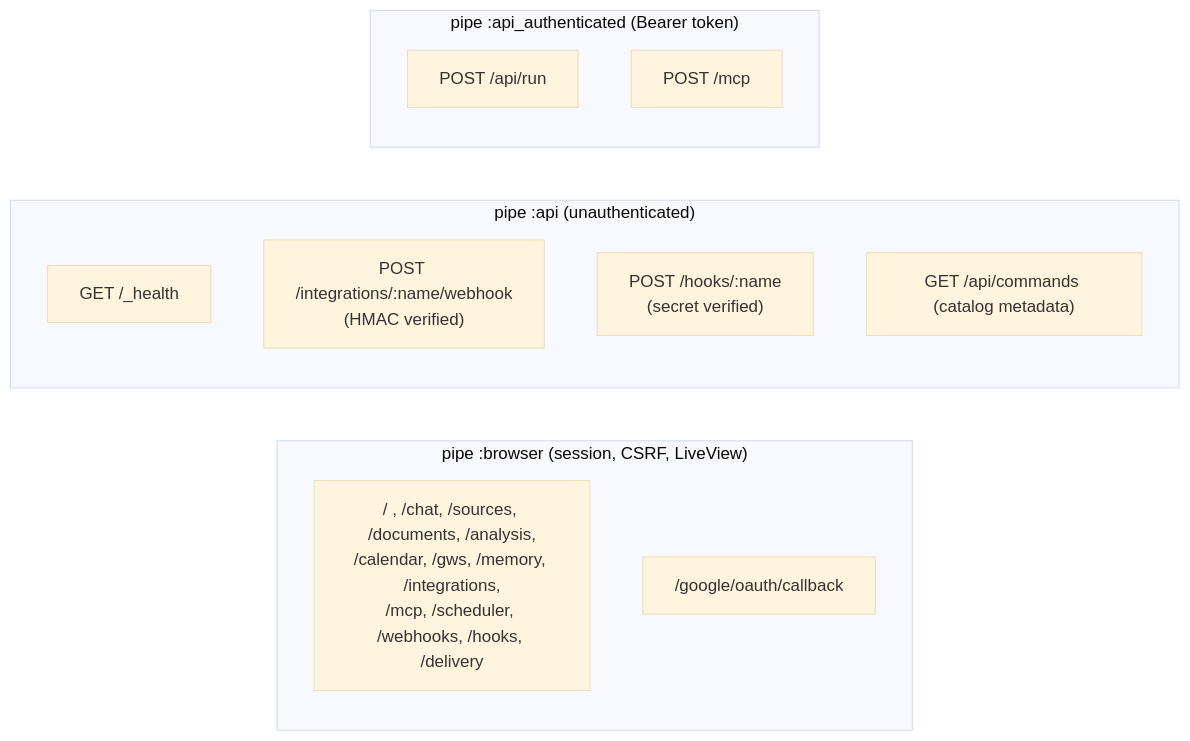
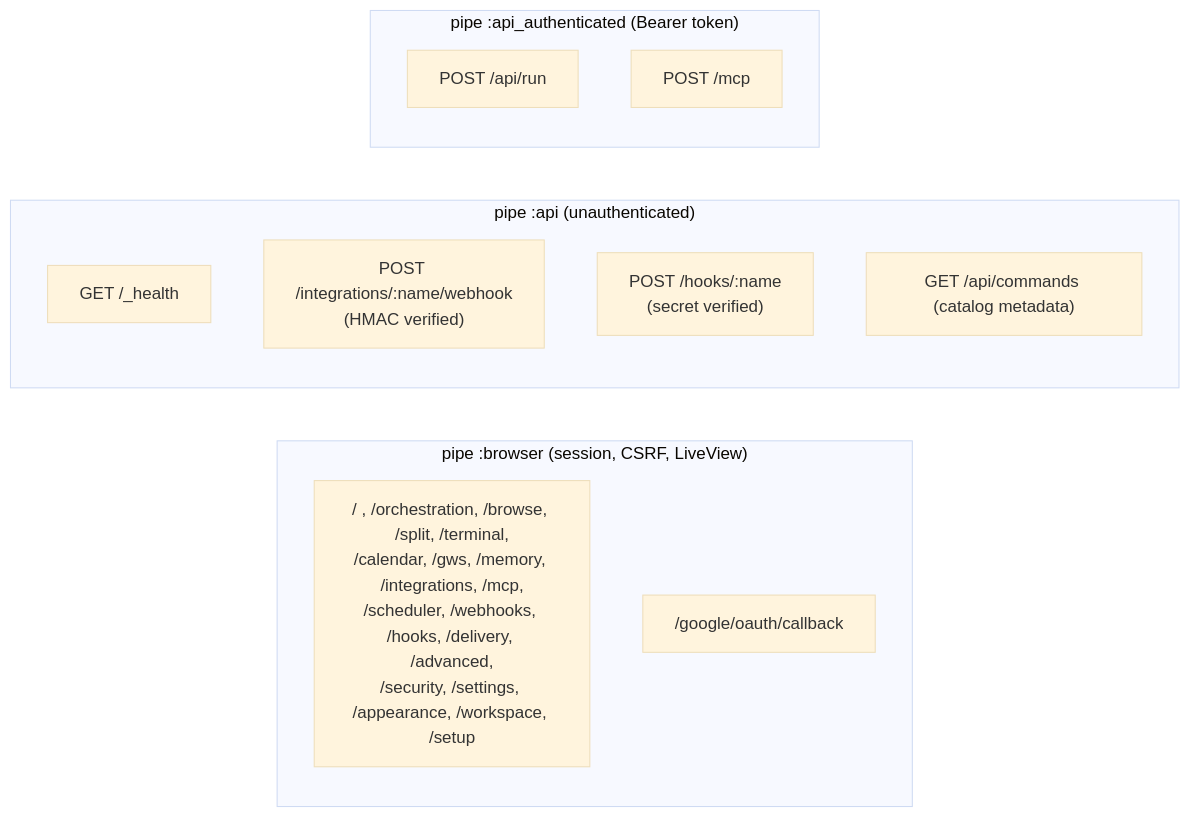
The eighth of 8 diagrams in docs/UML.md (hightowerbuilds/buster-claw), drawn with Mermaid (base theme) before and after one commit. The commit also changed other lines of this file and 14 other files, not shown here.

````diff
--- a/docs/UML.md
+++ b/docs/UML.md
@@ -435,17 +382,17 @@
 ```mermaid
 flowchart LR
     subgraph browser["pipe :browser (session, CSRF, LiveView)"]
-        R1["/ , /chat, /sources, /documents, /analysis,<br/>/calendar, /gws, /memory, /integrations,<br/>/mcp, /scheduler, /webhooks, /hooks, /delivery"]
+        R1["/ , /orchestration, /browse, /split, /terminal,<br/>/calendar, /gws, /memory, /integrations, /mcp,<br/>/scheduler, /webhooks, /hooks, /delivery, /advanced,<br/>/security, /settings, /appearance, /workspace, /setup"]
         R2["/google/oauth/callback"]
     end
     subgraph api["pipe :api (unauthenticated)"]
         H1["GET /_health"]
         H2["POST /integrations/:name/webhook<br/>(HMAC verified)"]
         H3["POST /hooks/:name<br/>(secret verified)"]
         H4["GET /api/commands (catalog metadata)"]
     end
     subgraph auth["pipe :api_authenticated (Bearer token)"]
         A1["POST /api/run"]
         A2["POST /mcp"]
     end
 ```
````
